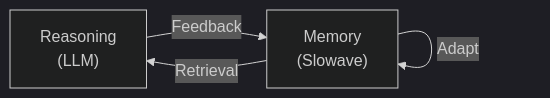
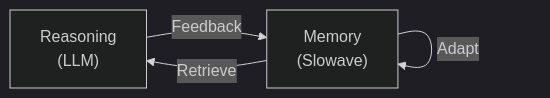
One commit to agent-memory-atlas-archive/slowave-ai--slowave changed the first of 2 diagrams in README.md. Above: the diagram before and after it, drawn with Mermaid (dark theme).

Commit message:
readme.md

````diff
--- a/README.md
+++ b/README.md
@@ -29,9 +29,9 @@
 ```mermaid
 graph LR
     LLM["Reasoning<br/>(LLM)"]
     MEM["Memory<br/>(Slowave)"]
 
-    MEM -->|Retrieval| LLM
+    MEM -->|Retrieve| LLM
     LLM -->|Feedback| MEM
     MEM -->|Adapt| MEM
 ```
````
